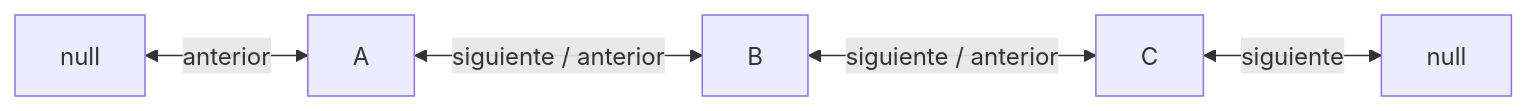
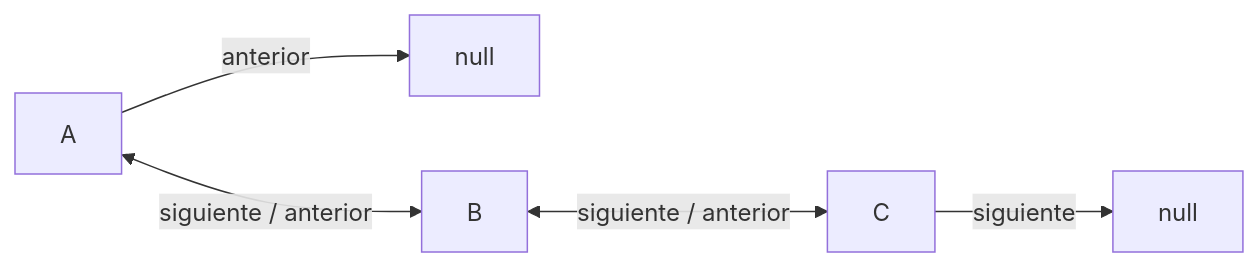
The first of 3 diagrams in content/cursos/estructuras-de-datos/lista-doblemente-enlazada-y-lista-circular.mdx (santiagoSuarez219/nodo-edu), drawn with Mermaid before and after one commit. The commit also changed 1 other file, not shown here.

Commit message:
content(estructuras-de-datos): fix null arrows in diagram and clarify note code layout
Draw the null borders as one-way arrows so null no longer appears to point
back at the node, and mark where the step 2 and 3 methods go inside
ListaDoble so the notes can be pasted in order.

Claude-Session: https://claude.ai/code/session_01KaMKZfnuFSdfqT8h2JMq3M

````diff
--- a/content/cursos/estructuras-de-datos/lista-doblemente-enlazada-y-lista-circular.mdx
+++ b/content/cursos/estructuras-de-datos/lista-doblemente-enlazada-y-lista-circular.mdx
@@ -39,7 +39,7 @@
 ```mermaid
 flowchart LR
-  N1["null"] <-->|"anterior"| A["A"]
+  A["A"] -->|"anterior"| N1["null"]
   A <-->|"siguiente / anterior"| B["B"]
   B <-->|"siguiente / anterior"| C["C"]
-  C <-->|"siguiente"| N2["null"]
+  C -->|"siguiente"| N2["null"]
 ```
````
